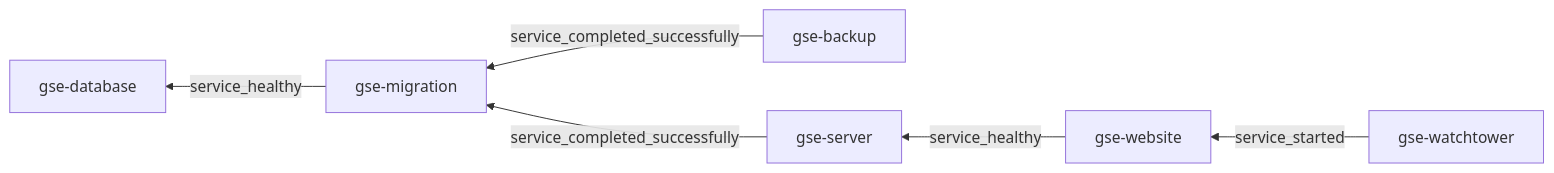
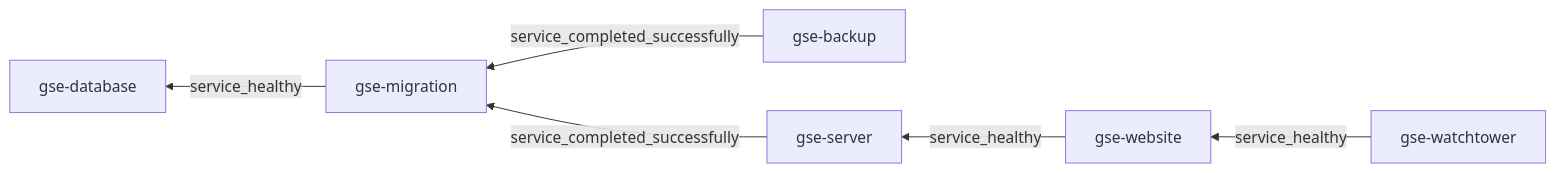
Before and after one commit to seart-group/ghs: the diagram in README.md, drawn with Mermaid. The commit also changed 1 other file, not shown here.

Commit message:
Fix: watchtower now waits for NGINX to be healthy

````diff
--- a/README.md
+++ b/README.md
@@ -149,8 +149,8 @@
 ```mermaid
 graph RL
     gse-migration --> |service_healthy| gse-database
     gse-backup --> |service_completed_successfully| gse-migration
     gse-server --> |service_completed_successfully| gse-migration
     gse-website --> |service_healthy| gse-server
-    gse-watchtower --> |service_started| gse-website
+    gse-watchtower --> |service_healthy| gse-website
 ```
````
